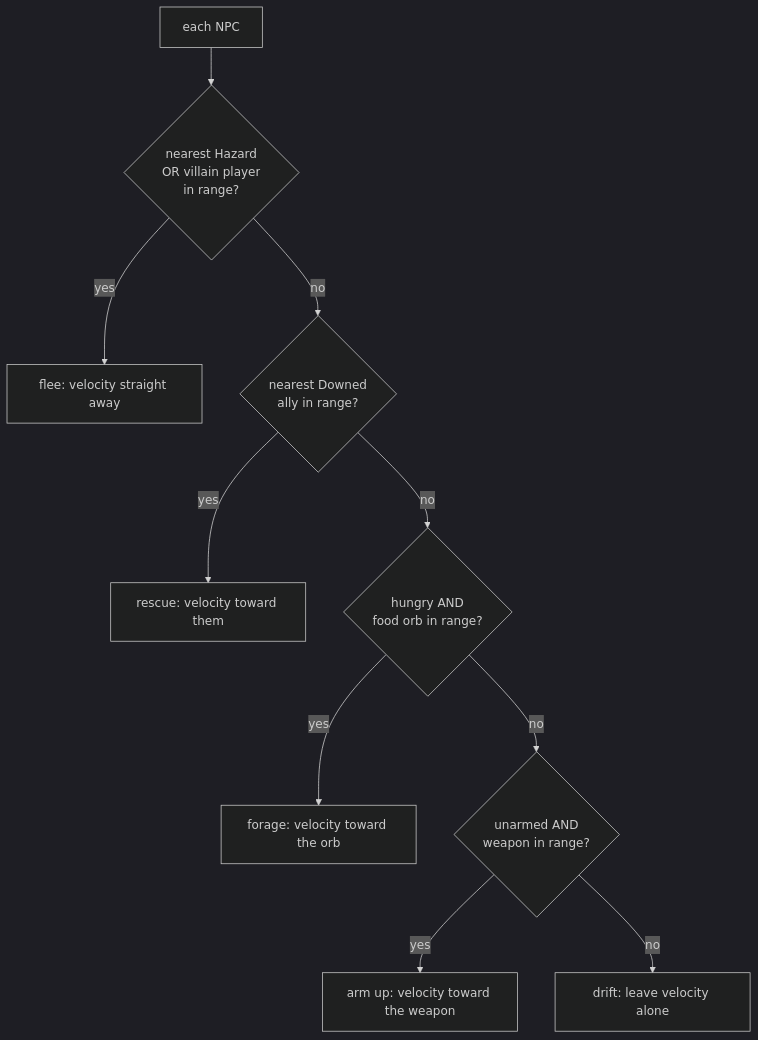
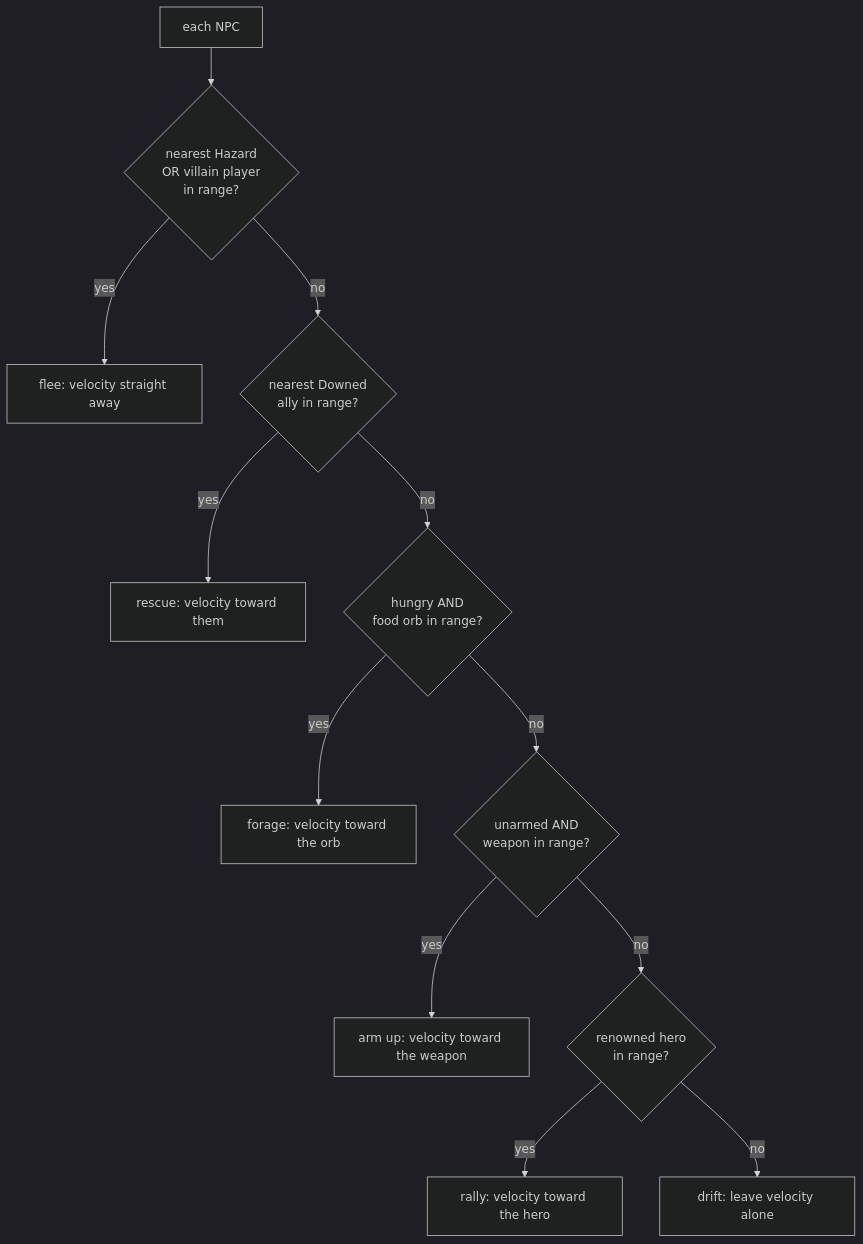
The diagram in docs/engine/npc-behaviour.md (IsItJeff/game-engine), drawn with Mermaid (dark theme) before and after one commit. The commit also changed other lines of this file and 4 other files, not shown here.

````diff
--- a/docs/engine/npc-behaviour.md
+++ b/docs/engine/npc-behaviour.md
@@ -40,12 +40,14 @@
 ```mermaid
 flowchart TD
   npc[each NPC] --> haz{nearest Hazard<br/>OR villain player<br/>in range?}
   haz -->|yes| flee[flee: velocity straight away]
   haz -->|no| dwn{nearest Downed<br/>ally in range?}
   dwn -->|yes| rescue[rescue: velocity toward them]
   dwn -->|no| hun{hungry AND<br/>food orb in range?}
   hun -->|yes| forage[forage: velocity toward the orb]
   hun -->|no| arm{unarmed AND<br/>weapon in range?}
   arm -->|yes| seek[arm up: velocity toward the weapon]
-  arm -->|no| drift[drift: leave velocity alone]
+  arm -->|no| rally{renowned hero<br/>in range?}
+  rally -->|yes| gather[rally: velocity toward the hero]
+  rally -->|no| drift[drift: leave velocity alone]
 ```
````
